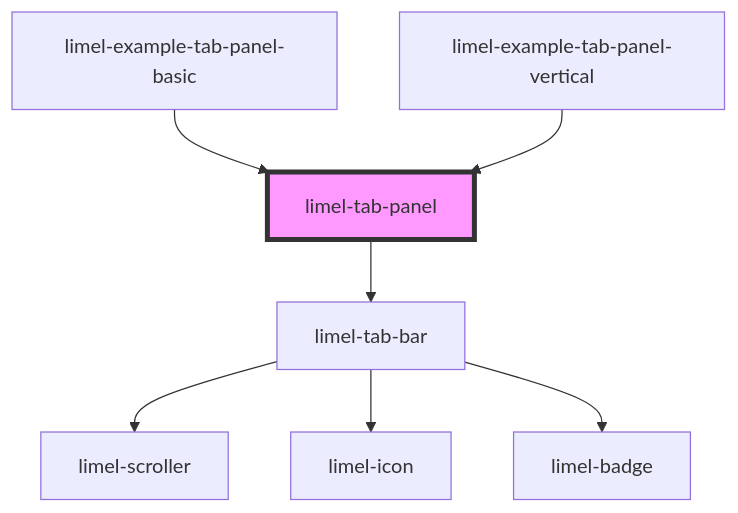
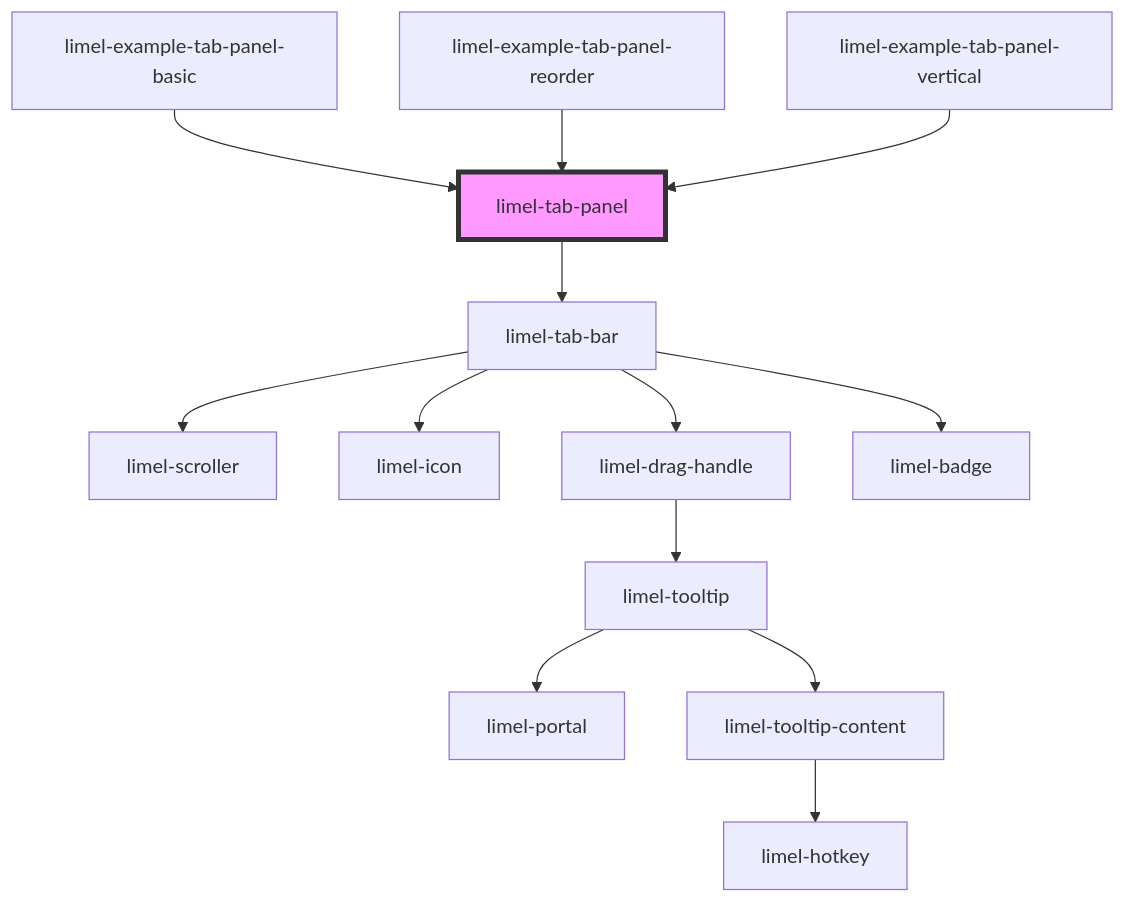
The diagram in versions/PR-4420/markdown-docs/components/tab-panel/readme.md (Lundalogik/lime-elements), drawn with Mermaid before and after one commit. The commit also changed other lines of this file and 602 other files, not shown here.

````diff
--- a/versions/PR-4420/markdown-docs/components/tab-panel/readme.md
+++ b/versions/PR-4420/markdown-docs/components/tab-panel/readme.md
@@ -55,10 +63,16 @@
 ```mermaid
 graph TD;
   limel-tab-panel --> limel-tab-bar
   limel-tab-bar --> limel-scroller
   limel-tab-bar --> limel-icon
+  limel-tab-bar --> limel-drag-handle
   limel-tab-bar --> limel-badge
+  limel-drag-handle --> limel-tooltip
+  limel-tooltip --> limel-portal
+  limel-tooltip --> limel-tooltip-content
+  limel-tooltip-content --> limel-hotkey
   limel-example-tab-panel-basic --> limel-tab-panel
+  limel-example-tab-panel-reorder --> limel-tab-panel
   limel-example-tab-panel-vertical --> limel-tab-panel
   style limel-tab-panel fill:#f9f,stroke:#333,stroke-width:4px
 ```
````
